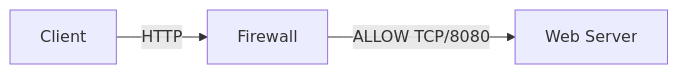
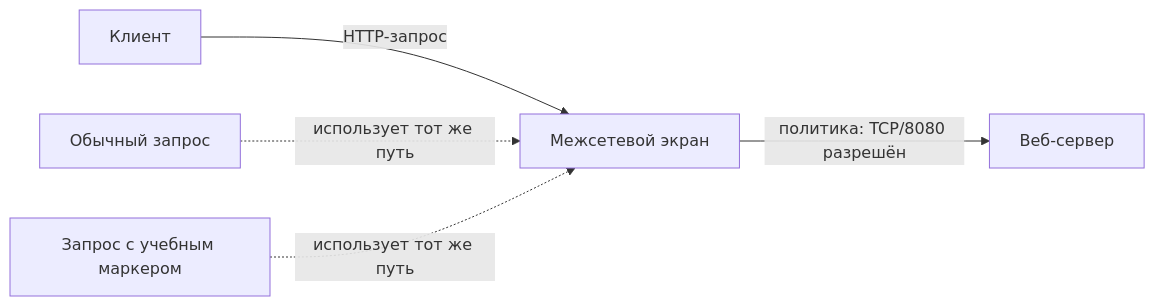
One commit to 11ndra/spvo changed the second of 4 diagrams in docs/course/01-intro.md. Above: the diagram before and after it, drawn with Mermaid. The commit also changed other lines of this file and 14 other files, not shown here.

````diff
--- a/docs/course/01-intro.md
+++ b/docs/course/01-intro.md
@@ -83,5 +85,7 @@
 ```mermaid
 flowchart LR
-    C[Client] -->|HTTP| F[Firewall]
-    F -->|ALLOW TCP/8080| W[Web Server]
+    C[Клиент] -->|HTTP-запрос| F[Межсетевой экран]
+    F -->|политика: TCP/8080 разрешён| W[Веб-сервер]
+    N[Обычный запрос] -. использует тот же путь .-> F
+    M[Запрос с учебным маркером] -. использует тот же путь .-> F
 ```
````
